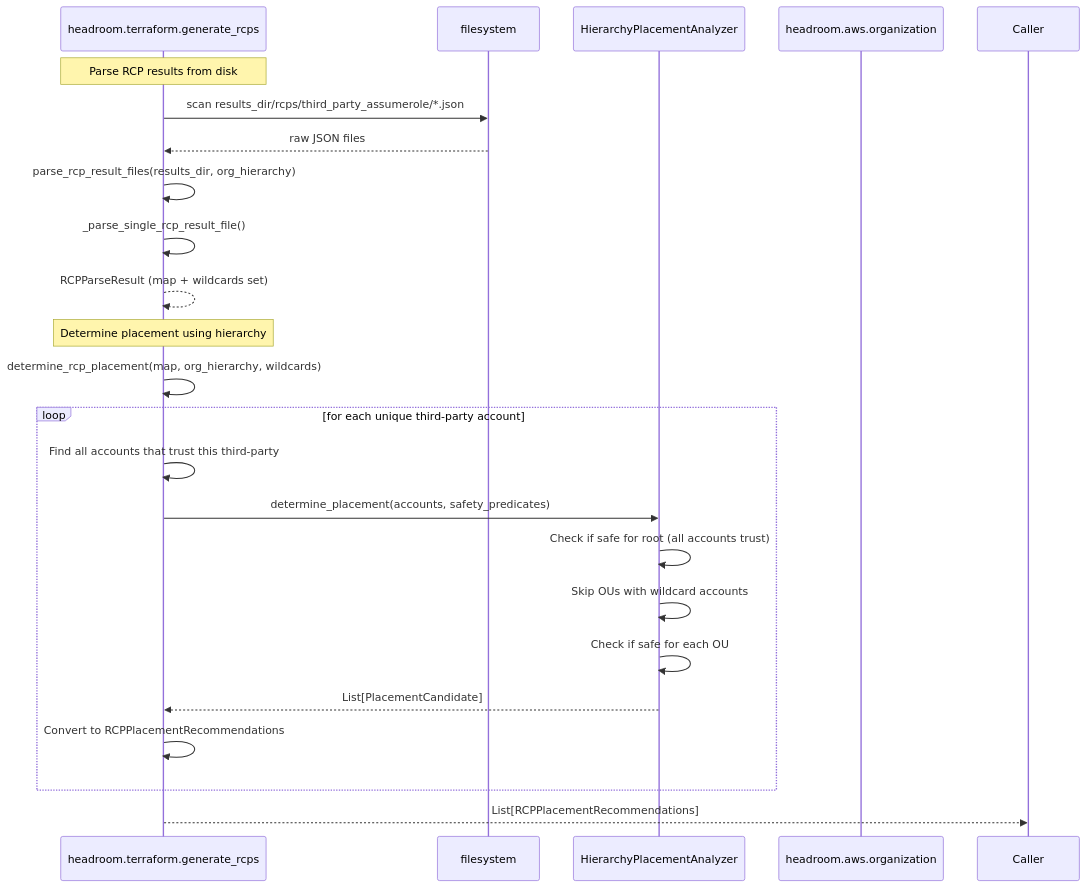
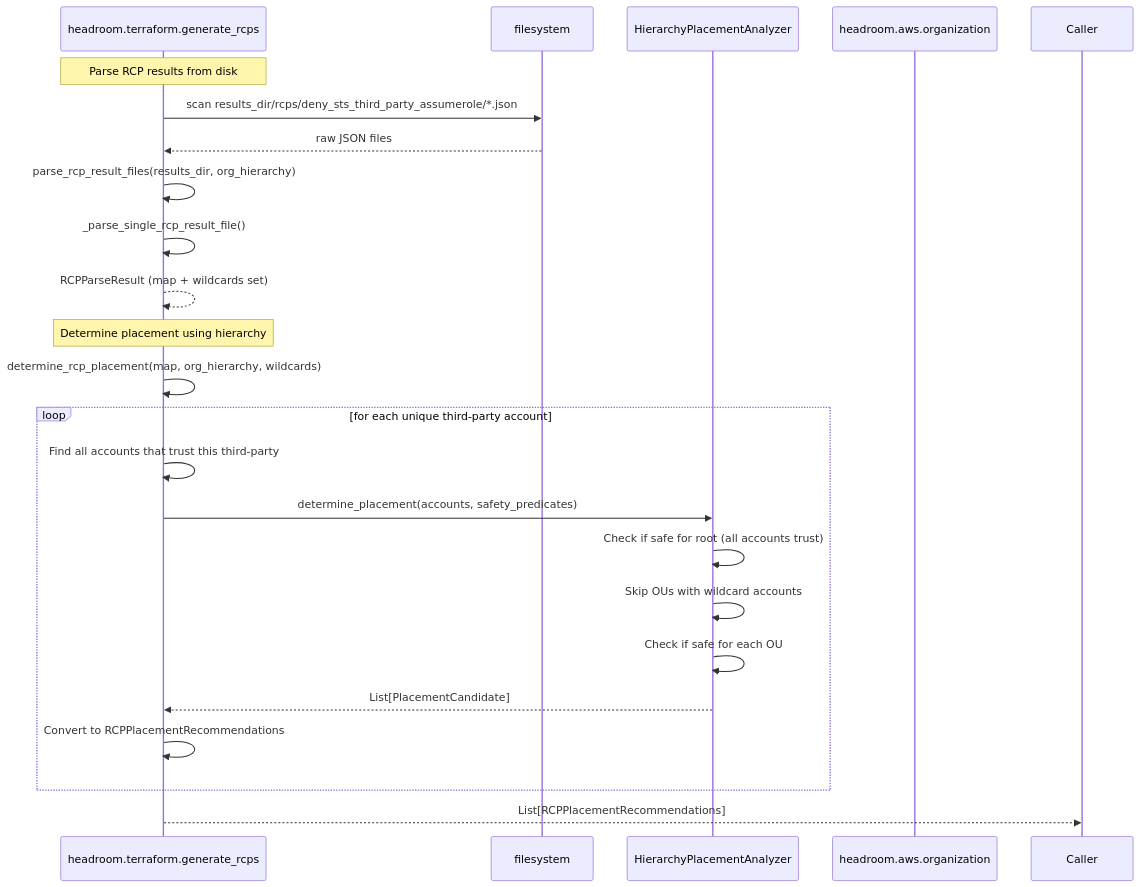
Before and after one commit to discocrayon/Headroom: the fourth of 4 diagrams in documentation/mermaid_diagrams/sequences.md, drawn with Mermaid. The commit also changed other lines of this file and 41 other files, not shown here.

````diff
--- a/documentation/mermaid_diagrams/sequences.md
+++ b/documentation/mermaid_diagrams/sequences.md
@@ -132,27 +132,27 @@
 ```mermaid
 sequenceDiagram
   participant GenRCP as headroom.terraform.generate_rcps
   participant FS as filesystem
   participant Hierarchy as HierarchyPlacementAnalyzer
   participant Org as headroom.aws.organization
 
   Note over GenRCP: Parse RCP results from disk
-  GenRCP->>FS: scan results_dir/rcps/third_party_assumerole/*.json
+  GenRCP->>FS: scan results_dir/rcps/deny_sts_third_party_assumerole/*.json
   FS-->>GenRCP: raw JSON files
   GenRCP->>GenRCP: parse_rcp_result_files(results_dir, org_hierarchy)
   GenRCP->>GenRCP: _parse_single_rcp_result_file()
   GenRCP-->>GenRCP: RCPParseResult (map + wildcards set)
 
   Note over GenRCP: Determine placement using hierarchy
   GenRCP->>GenRCP: determine_rcp_placement(map, org_hierarchy, wildcards)
   loop for each unique third-party account
     GenRCP->>GenRCP: Find all accounts that trust this third-party
     GenRCP->>Hierarchy: determine_placement(accounts, safety_predicates)
     Hierarchy->>Hierarchy: Check if safe for root (all accounts trust)
     Hierarchy->>Hierarchy: Skip OUs with wildcard accounts
     Hierarchy->>Hierarchy: Check if safe for each OU
     Hierarchy-->>GenRCP: List[PlacementCandidate]
     GenRCP->>GenRCP: Convert to RCPPlacementRecommendations
   end
   GenRCP-->>Caller: List[RCPPlacementRecommendations]
 ```
````
